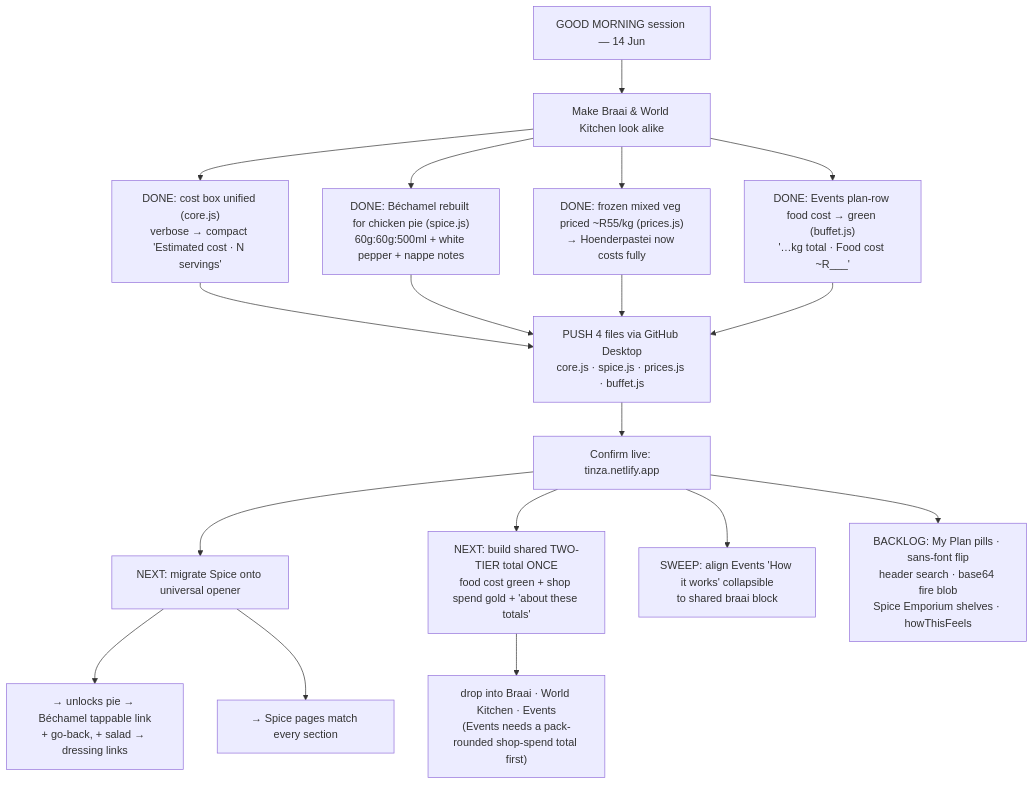
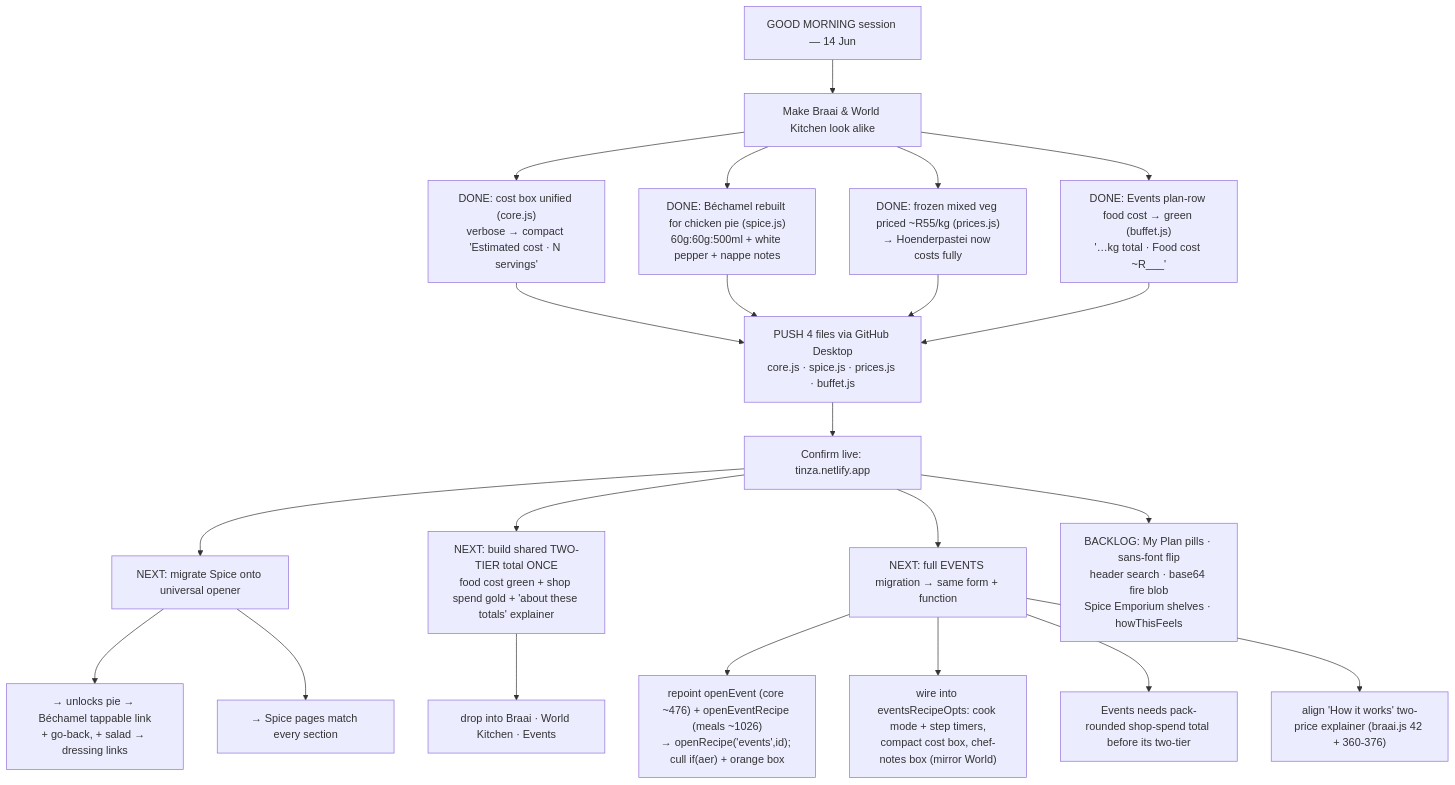
Before and after one commit to tinavdw/tinza: the diagram in TINZA_HANDOFF.md, drawn with Mermaid. The commit also changed other lines of this file and 3 other files, not shown here.

````diff
--- a/TINZA_HANDOFF.md
+++ b/TINZA_HANDOFF.md
@@ -78,27 +83,31 @@
 ```mermaid
 flowchart TD
     A["GOOD MORNING session — 14 Jun"] --> B["Make Braai & World Kitchen look alike"]
 
     B --> C["DONE: cost box unified (core.js)<br/>verbose → compact 'Estimated cost · N servings'"]
     B --> D["DONE: Béchamel rebuilt for chicken pie (spice.js)<br/>60g:60g:500ml + white pepper + nappe notes"]
     B --> E["DONE: frozen mixed veg priced ~R55/kg (prices.js)<br/>→ Hoenderpastei now costs fully"]
 
     P["PUSH 4 files via GitHub Desktop<br/>core.js · spice.js · prices.js · buffet.js"]
     C --> P
     D --> P
     E --> P
     F["DONE: Events plan-row food cost → green (buffet.js)<br/>'…kg total · Food cost ~R___'"] --> P
     B --> F
     P --> V["Confirm live: tinza.netlify.app"]
 
     V --> N1["NEXT: migrate Spice onto universal opener"]
     N1 --> N2["→ unlocks pie → Béchamel tappable link<br/>+ go-back, + salad → dressing links"]
     N1 --> N3["→ Spice pages match every section"]
 
-    V --> T["NEXT: build shared TWO-TIER total ONCE<br/>food cost green + shop spend gold + 'about these totals'"]
-    T --> T2["drop into Braai · World Kitchen · Events<br/>(Events needs a pack-rounded shop-spend total first)"]
+    V --> T["NEXT: build shared TWO-TIER total ONCE<br/>food cost green + shop spend gold + 'about these totals' explainer"]
+    T --> T2["drop into Braai · World Kitchen · Events"]
 
-    V --> S1["SWEEP: align Events 'How it works' collapsible<br/>to shared braai block"]
+    V --> EV["NEXT: full EVENTS migration → same form + function"]
+    EV --> EV1["repoint openEvent (core ~476) + openEventRecipe (meals ~1026)<br/>→ openRecipe('events',id); cull if(aer) + orange box"]
+    EV --> EV2["wire into eventsRecipeOpts: cook mode + step timers,<br/>compact cost box, chef-notes box (mirror World)"]
+    EV --> EV3["Events needs pack-rounded shop-spend total before its two-tier"]
+    EV --> EV4["align 'How it works' two-price explainer (braai.js 42 + 360-376)"]
 
     V --> BL["BACKLOG: My Plan pills · sans-font flip<br/>header search · base64 fire blob<br/>Spice Emporium shelves · howThisFeels"]
 ```
````
